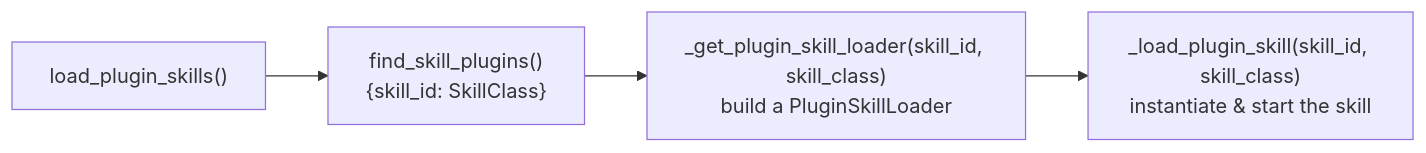
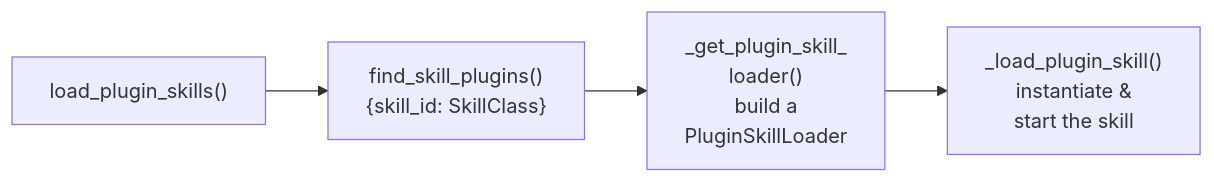
Before and after one commit to OpenVoiceOS/beta-technical-manual: the diagram in docs/skill-manager.md, drawn with Mermaid. The commit also changed 19 other files, not shown here.

First line of the commit message:
docs: fit diagrams to the content column; arena live URL

````diff
--- a/docs/skill-manager.md
+++ b/docs/skill-manager.md
@@ -65,6 +65,6 @@
 ```mermaid
 flowchart LR
     A["load_plugin_skills()"] --> B["find_skill_plugins()<br/>{skill_id: SkillClass}"]
-    B --> C["_get_plugin_skill_loader(skill_id, skill_class)<br/>build a PluginSkillLoader"]
-    C --> D["_load_plugin_skill(skill_id, skill_class)<br/>instantiate & start the skill"]
+    B --> C["_get_plugin_skill_<br/>loader()<br/>build a<br/>PluginSkillLoader"]
+    C --> D["_load_plugin_skill()<br/>instantiate &<br/>start the skill"]
 ```
````
